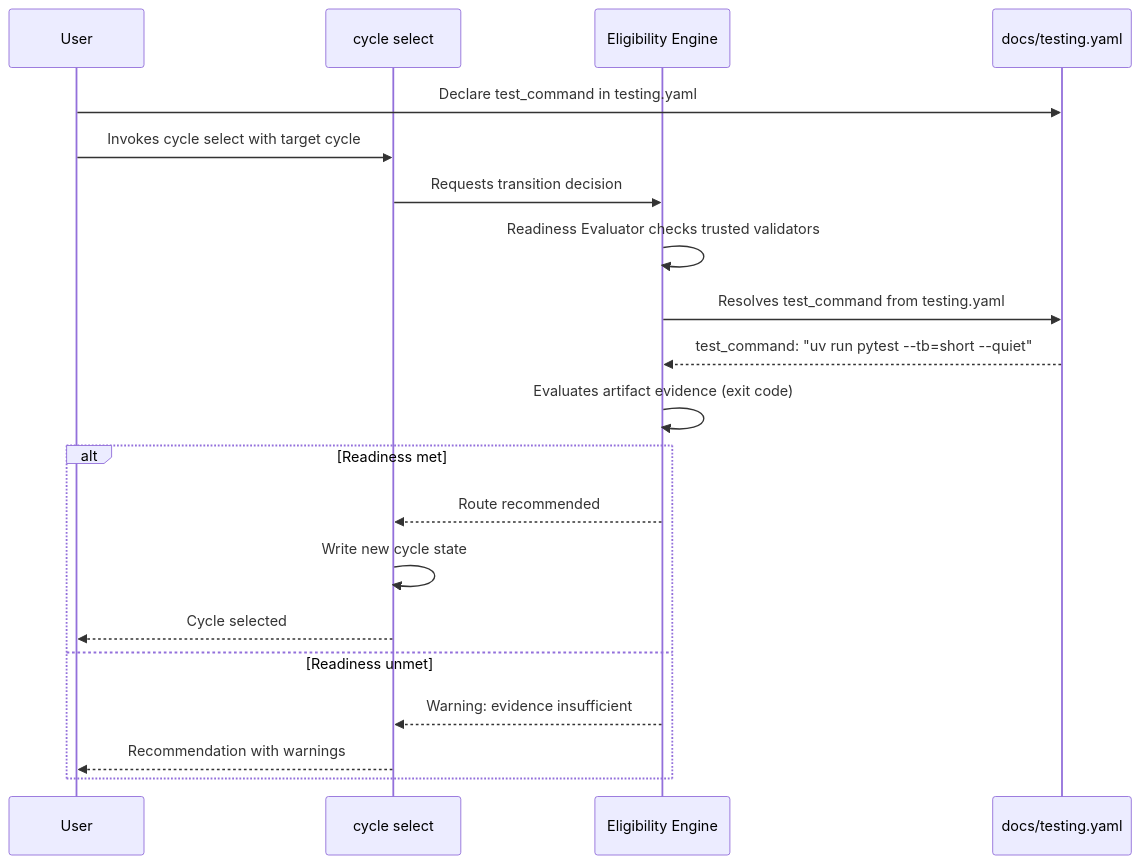
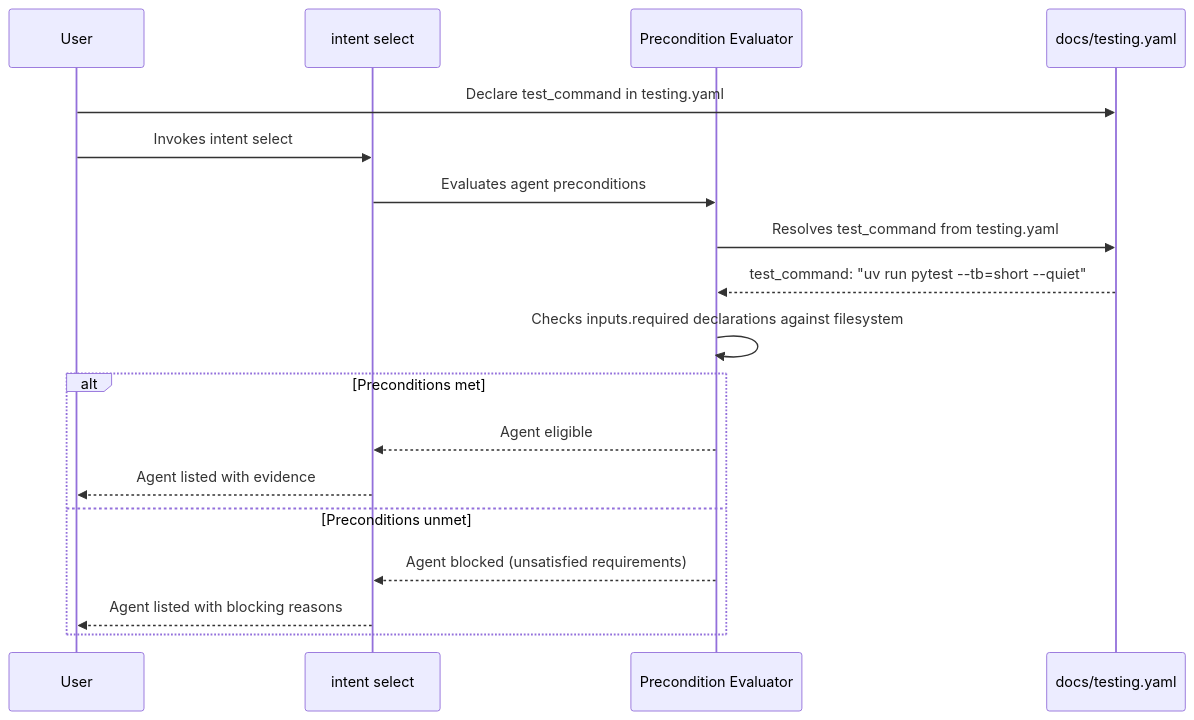
Before and after one commit to matthiasdaues/agent_factory: the second of 10 diagrams in docs/arc42/06_runtime_view.md, drawn with Mermaid. The commit also changed other lines of this file and 58 other files, not shown here.

````diff
--- a/docs/arc42/06_runtime_view.md
+++ b/docs/arc42/06_runtime_view.md
@@ -49,23 +49,21 @@
 ```mermaid
 sequenceDiagram
     participant H as User
-    participant CS as cycle select
-    participant EE as Eligibility Engine
+    participant I as intent select
+    participant PE as Precondition Evaluator
     participant C as docs/testing.yaml
 
     H->>C: Declare test_command in testing.yaml
-    H->>CS: Invokes cycle select with target cycle
-    CS->>EE: Requests transition decision
-    EE->>EE: Readiness Evaluator checks trusted validators
-    EE->>C: Resolves test_command from testing.yaml
-    C-->>EE: test_command: "uv run pytest --tb=short --quiet"
-    EE->>EE: Evaluates artifact evidence (exit code)
-    alt Readiness met
-        EE-->>CS: Route recommended
-        CS->>CS: Write new cycle state
-        CS-->>H: Cycle selected
-    else Readiness unmet
-        EE-->>CS: Warning: evidence insufficient
-        CS-->>H: Recommendation with warnings
+    H->>I: Invokes intent select
+    I->>PE: Evaluates agent preconditions
+    PE->>C: Resolves test_command from testing.yaml
+    C-->>PE: test_command: "uv run pytest --tb=short --quiet"
+    PE->>PE: Checks inputs.required declarations against filesystem
+    alt Preconditions met
+        PE-->>I: Agent eligible
+        I-->>H: Agent listed with evidence
+    else Preconditions unmet
+        PE-->>I: Agent blocked (unsatisfied requirements)
+        I-->>H: Agent listed with blocking reasons
     end
 ```
````
